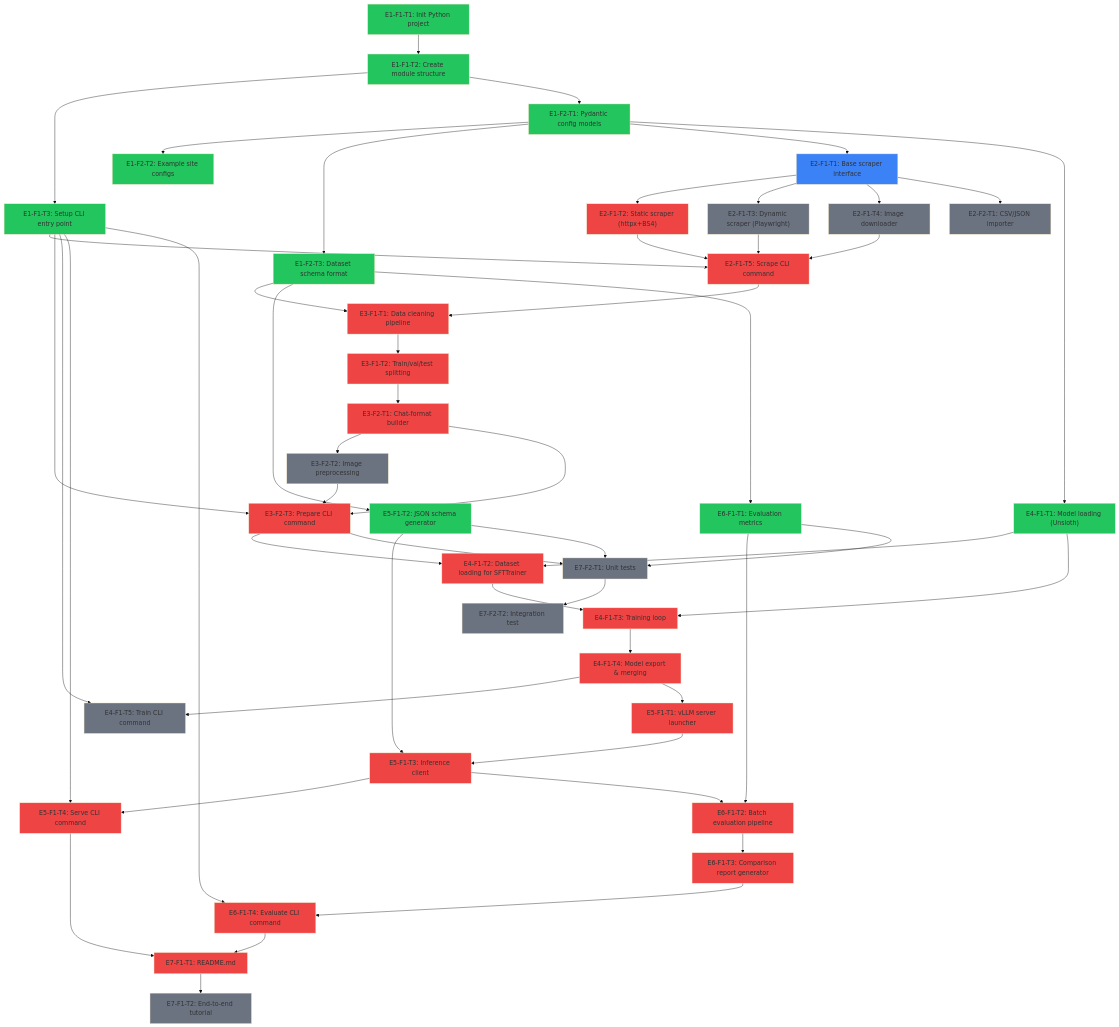
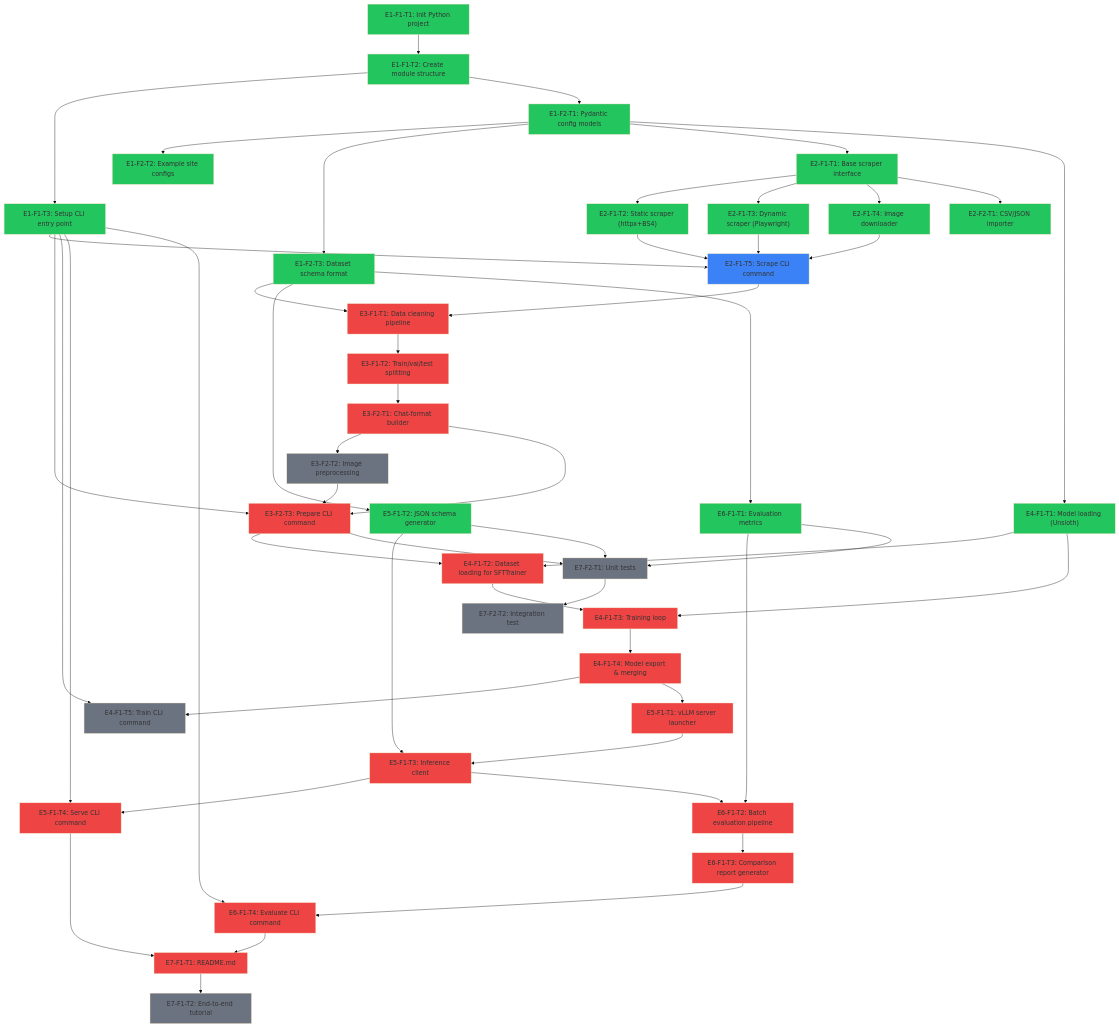
Before and after one commit to Vutiot/ArticleTagging: the diagram in ROADMAP.md, drawn with Mermaid (base theme). The commit also changed other lines of this file and 4 other files, not shown here.

First line of the commit message:
E2-F1-T2/T3/T4 + E2-F2-T1: Complete scraping module

```diff
--- a/ROADMAP.md
+++ b/ROADMAP.md
@@ -124,12 +124,17 @@
   style E5F1T2 fill:#22c55e
   style E6F1T1 fill:#22c55e
 
+  %% Done (green) — scraping module
+  style E2F1T1 fill:#22c55e
+  style E2F1T2 fill:#22c55e
+  style E2F1T3 fill:#22c55e
+  style E2F1T4 fill:#22c55e
+  style E2F2T1 fill:#22c55e
+
   %% Ready (blue) — all blockers resolved
-  style E2F1T1 fill:#3b82f6
+  style E2F1T5 fill:#3b82f6
 
   %% Critical path remaining (red)
-  style E2F1T2 fill:#ef4444
-  style E2F1T5 fill:#ef4444
   style E3F1T1 fill:#ef4444
   style E3F1T2 fill:#ef4444
   style E3F2T1 fill:#ef4444
@@ -146,9 +151,6 @@
   style E7F1T1 fill:#ef4444
 
   %% Blocked / non-critical (gray)
-  style E2F1T3 fill:#6b7280
-  style E2F1T4 fill:#6b7280
-  style E2F2T1 fill:#6b7280
   style E3F2T2 fill:#6b7280
   style E4F1T5 fill:#6b7280
   style E7F1T2 fill:#6b7280
```
